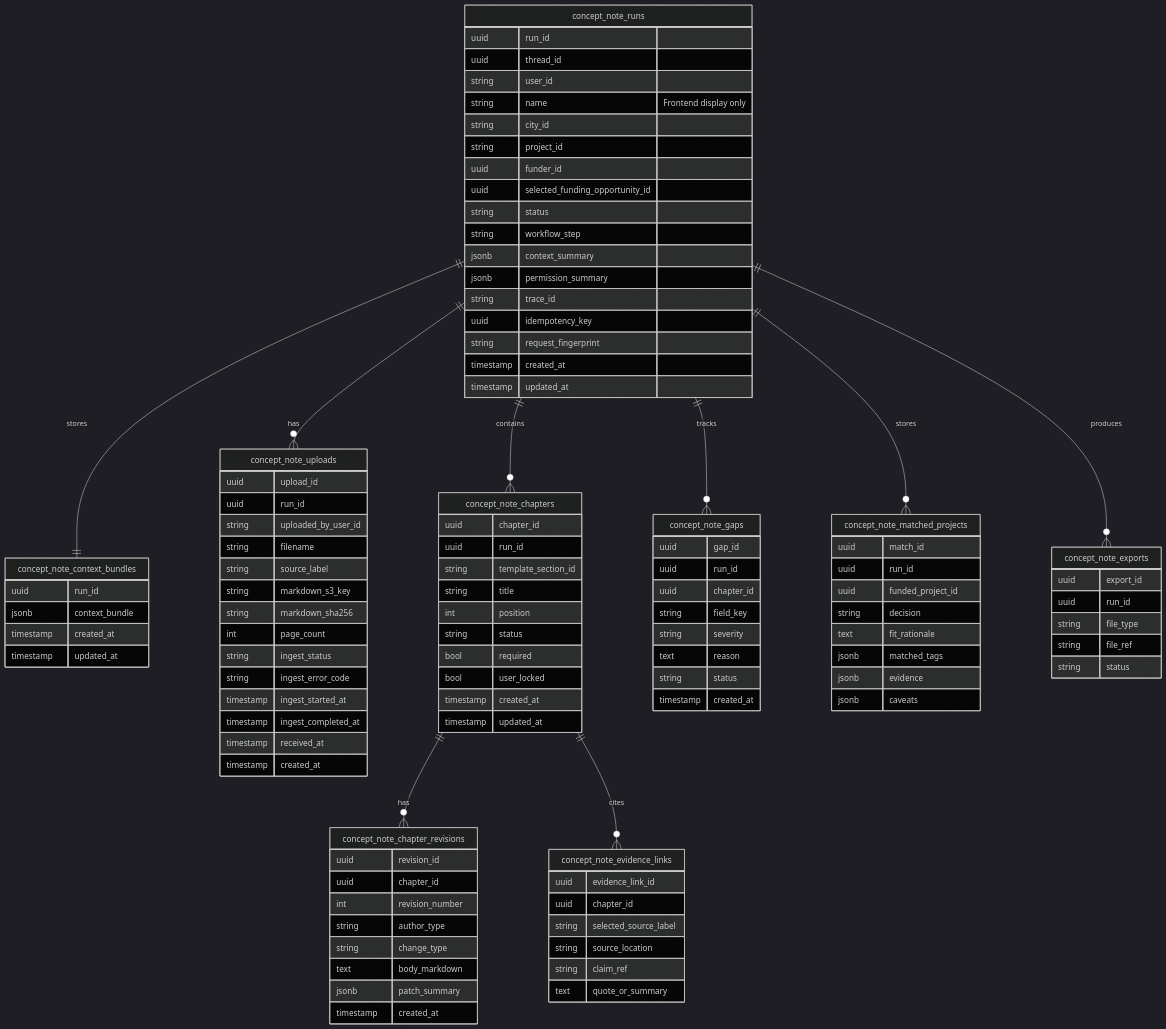
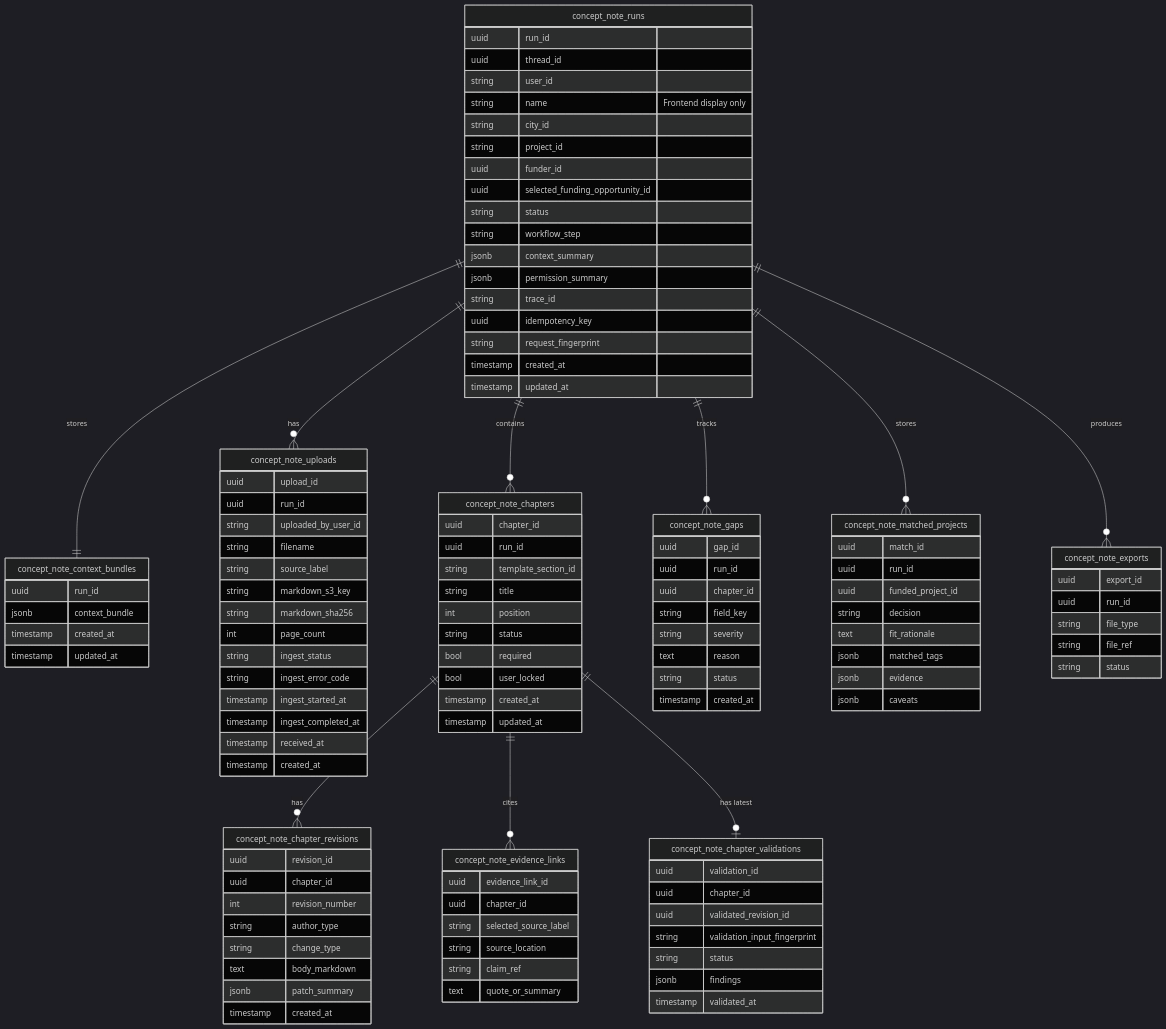
One commit to Open-Earth-Foundation/CityCatalyst changed the sixth of 14 diagrams in docs/ConceptNoteBuilderArchitecture.md. Above: the diagram before and after it, drawn with Mermaid (dark theme). The commit also changed other lines of this file and 42 other files, not shown here.

```diff
--- a/docs/ConceptNoteBuilderArchitecture.md
+++ b/docs/ConceptNoteBuilderArchitecture.md
@@ -806,6 +818,7 @@
     concept_note_runs ||--o{ concept_note_exports : "produces"
     concept_note_chapters ||--o{ concept_note_chapter_revisions : "has"
     concept_note_chapters ||--o{ concept_note_evidence_links : "cites"
+    concept_note_chapters ||--o| concept_note_chapter_validations : "has latest"
 
     concept_note_runs {
         uuid run_id
@@ -895,6 +908,16 @@
         text quote_or_summary
     }
 
+    concept_note_chapter_validations {
+        uuid validation_id
+        uuid chapter_id
+        uuid validated_revision_id
+        string validation_input_fingerprint
+        string status
+        jsonb findings
+        timestamp validated_at
+    }
+
     concept_note_matched_projects {
         uuid match_id
         uuid run_id
```
